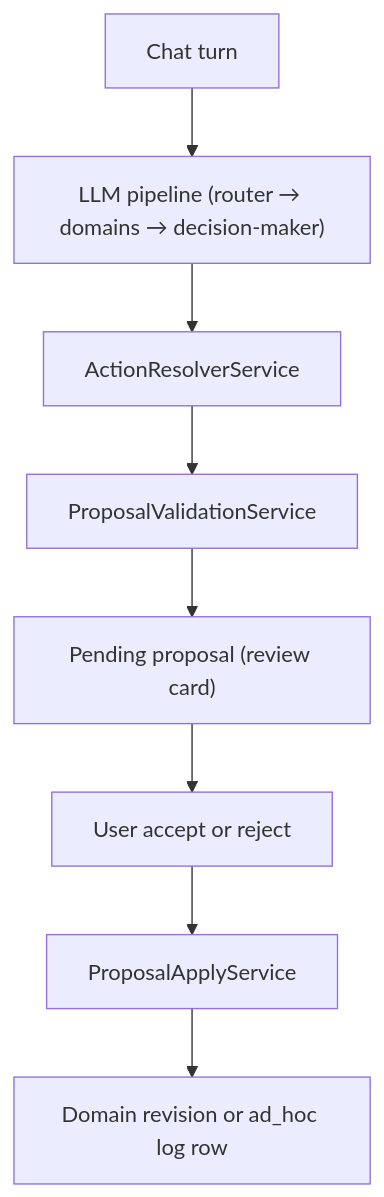
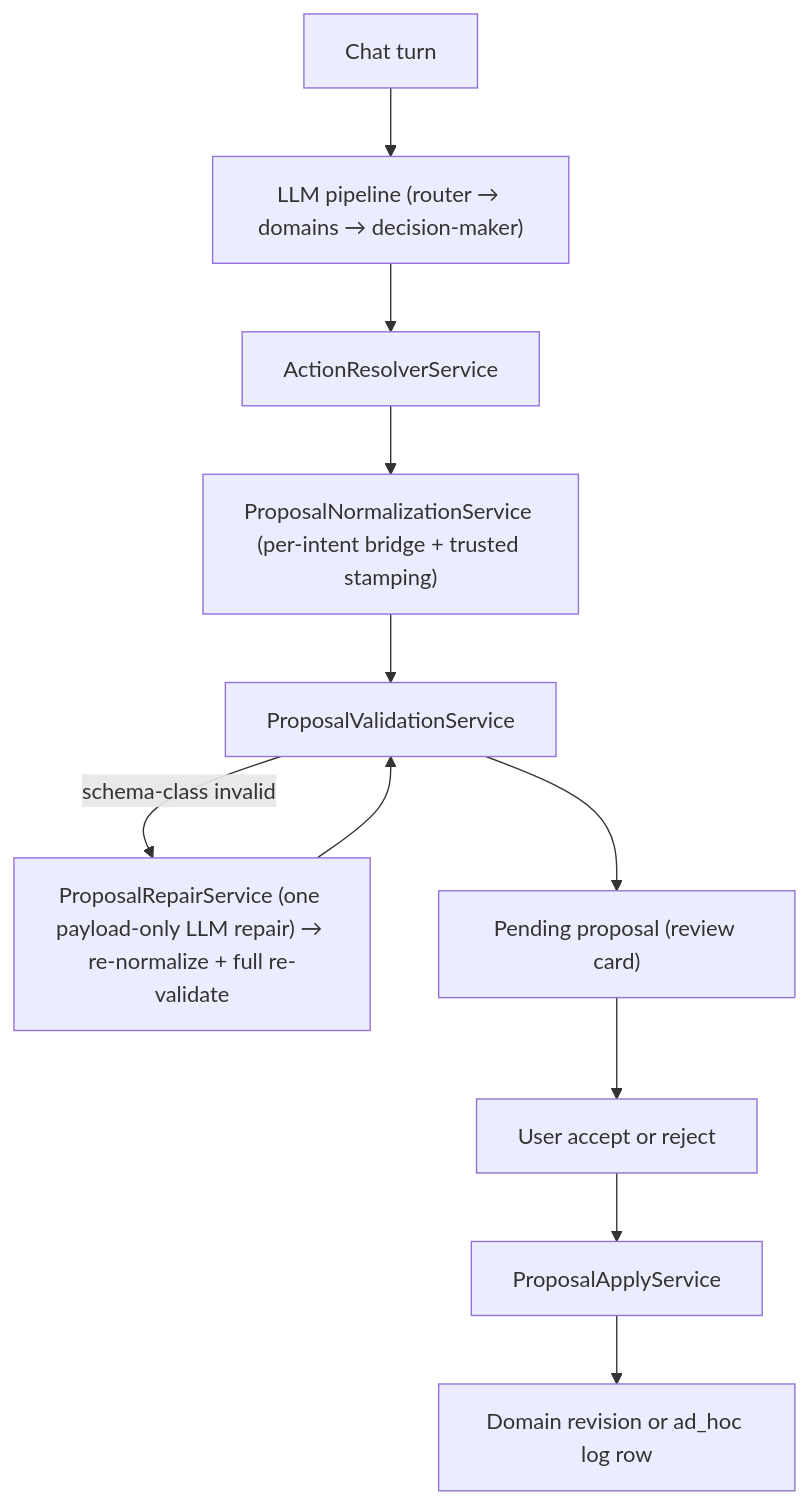
The first of 3 diagrams in docs/architecture/llm-pipeline.md (IldarRash/HealthTracer), drawn with Mermaid before and after one commit. The commit also changed other lines of this file and 71 other files, not shown here.

First line of the commit message:
feat(proposals): pipeline hardening — per-intent normalization, self-repair retry, domain-step structured outputs, tolerant client contract

````diff
--- a/docs/architecture/llm-pipeline.md
+++ b/docs/architecture/llm-pipeline.md
@@ -38,10 +38,13 @@
 ```mermaid
 flowchart TD
   chat["Chat turn"] --> llm["LLM pipeline (router → domains → decision-maker)"]
   llm --> actionResolver["ActionResolverService"]
-  actionResolver --> validation["ProposalValidationService"]
+  actionResolver --> normalization["ProposalNormalizationService (per-intent bridge + trusted stamping)"]
+  normalization --> validation["ProposalValidationService"]
+  validation -- "schema-class invalid" --> repair["ProposalRepairService (one payload-only LLM repair) → re-normalize + full re-validate"]
+  repair --> validation
   validation --> pending["Pending proposal (review card)"]
   pending --> userDecision["User accept or reject"]
   userDecision --> apply["ProposalApplyService"]
   apply --> revision["Domain revision or ad_hoc log row"]
 ```
````
